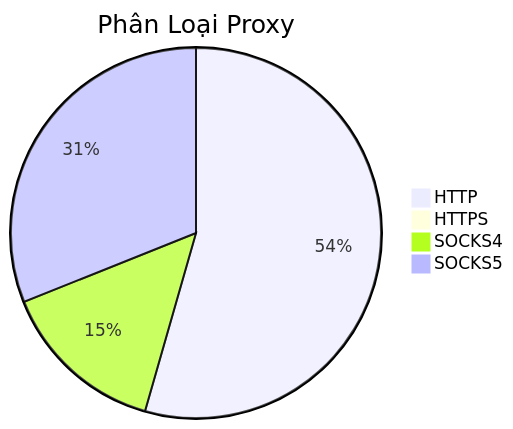
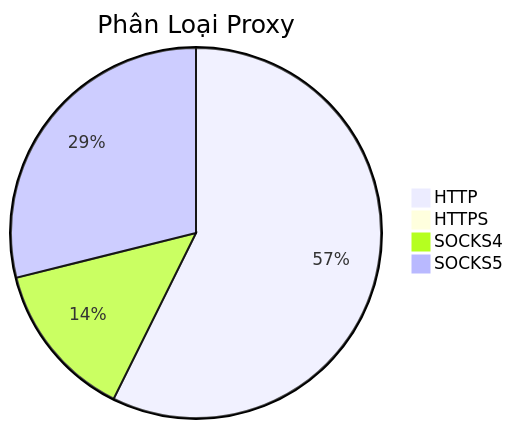
The diagram in README.md (Ciara-12/PROXY-free), drawn with Mermaid before and after one commit. The commit also changed other lines of this file and 3 other files, not shown here.

````diff
--- a/README.md
+++ b/README.md
@@ -26,7 +26,7 @@
 ```mermaid
 pie title Phân Loại Proxy
-    "HTTP" : 1092
+    "HTTP" : 1352
     "HTTPS" : 0
-    "SOCKS4" : 291
-    "SOCKS5" : 623
+    "SOCKS4" : 325
+    "SOCKS5" : 681
 ```
````
